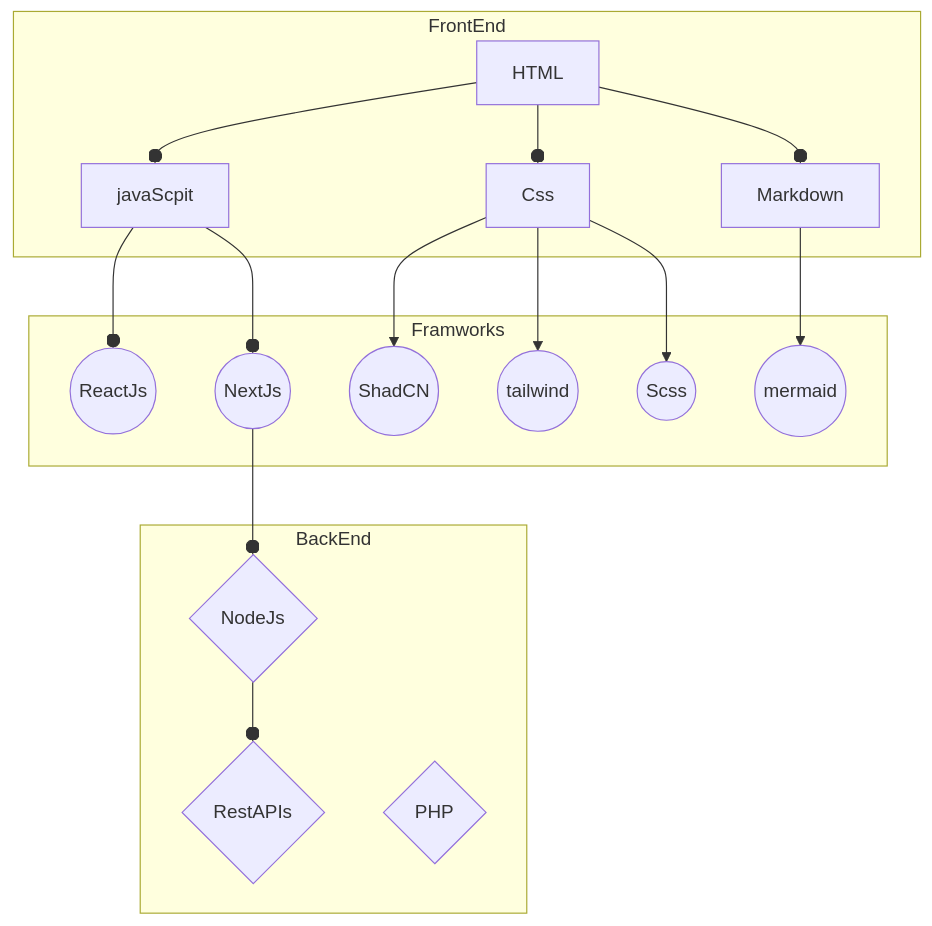
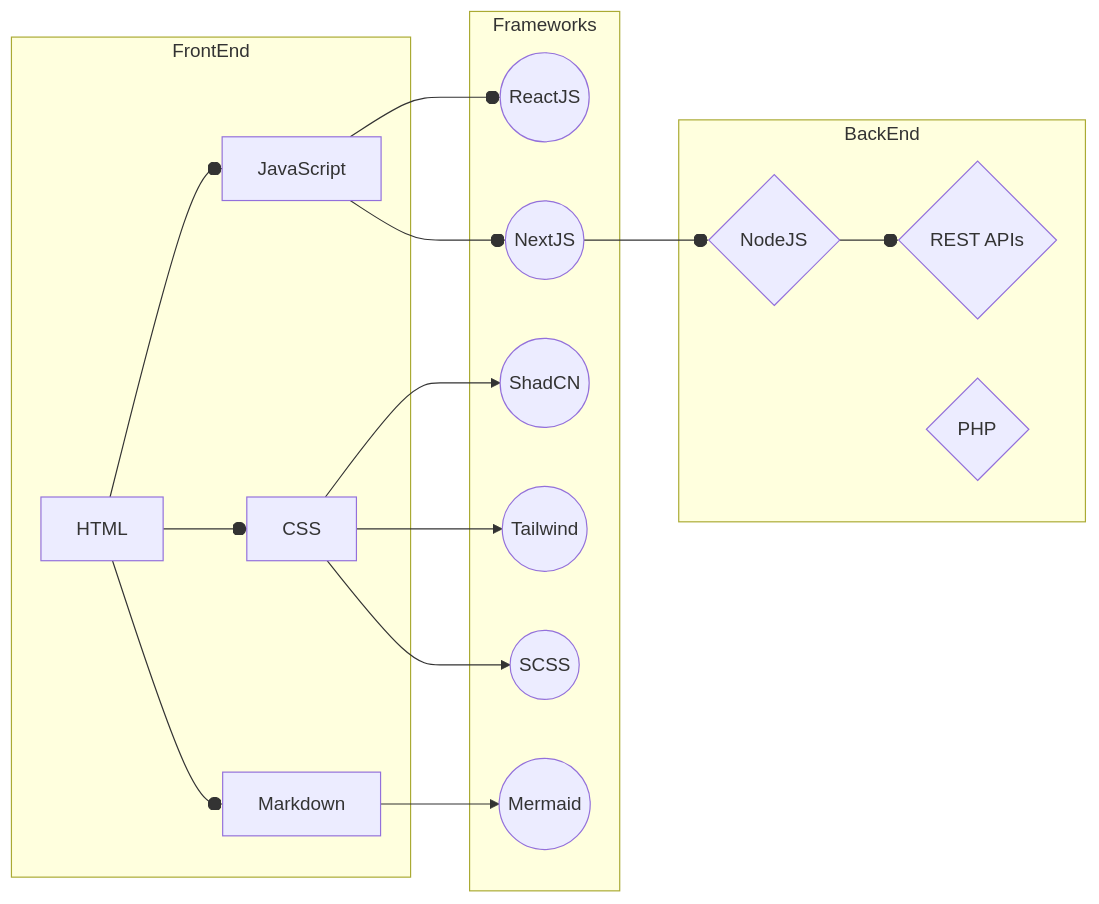
Before and after one commit to G35U599/G35U599: the diagram in README.md, drawn with Mermaid. The commit also changed other lines of this file, not shown here.

````diff
--- a/README.md
+++ b/README.md
@@ -48,46 +57,36 @@
 ```mermaid
-flowchart 
-f1[HTML]
-f2[Css]
-f3[javaScpit]
-f4[Markdown]
-fw1((ReactJs))
-fw2((NextJs))
-fw3((ShadCN))
-fw4((tailwind))
-fw5((Scss))
-fw6((mermaid))
-b1{NodeJs}
-b2{RestAPIs}
-b3{PHP}
- subgraph  BackEnd
-b1
-b2
-b3
- end  
- subgraph Framworks 
-fw1
-fw2
-fw3
-fw4
-fw5
-fw6
- end
-  subgraph  FrontEnd 
- f1
- f2
- f3
- f4
- end  
- f1 --o f2
- f1 --o f3
- f1 --o f4
- f2 --> fw3
- f2 --> fw4
- f2 --> fw5
- f3 --o fw1
- f3 --o fw2
- fw2 --o b1
- f4 --> fw6
- b1 --o b2
- ```
+flowchart LR
+  subgraph FrontEnd
+    f1[HTML]
+    f2[CSS]
+    f3[JavaScript]
+    f4[Markdown]
+  end
+
+  subgraph Frameworks
+    fw1((ReactJS))
+    fw2((NextJS))
+    fw3((ShadCN))
+    fw4((Tailwind))
+    fw5((SCSS))
+    fw6((Mermaid))
+  end
+
+  subgraph BackEnd
+    b1{NodeJS}
+    b2{REST APIs}
+    b3{PHP}
+  end
+
+  f1 --o f2
+  f1 --o f3
+  f1 --o f4
+  f2 --> fw3
+  f2 --> fw4
+  f2 --> fw5
+  f3 --o fw1
+  f3 --o fw2
+  f4 --> fw6
+  fw2 --o b1
+  b1 --o b2
+```
````
